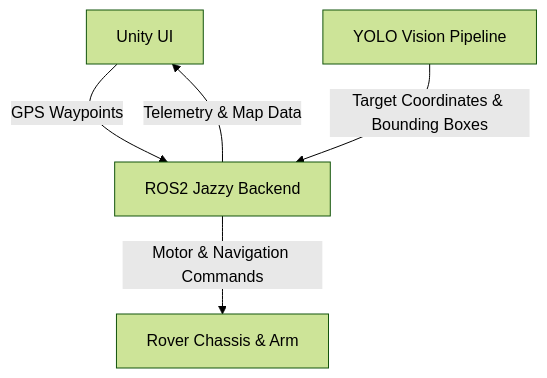
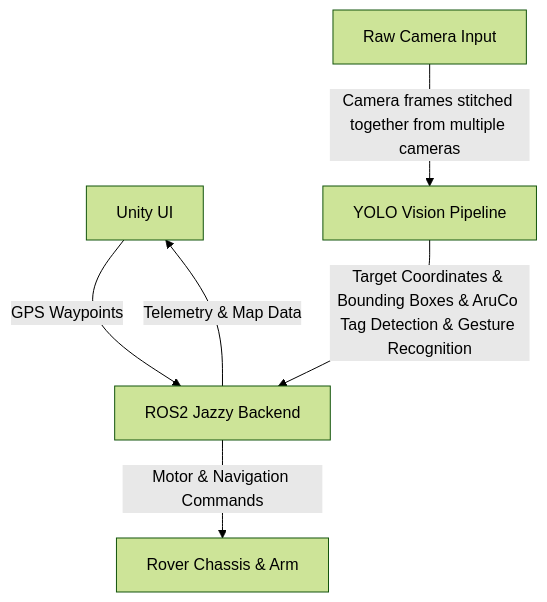
The diagram in docs/design.md (Rthurman45/CS32_Rover_Team), drawn with Mermaid (forest theme) before and after one commit.

Commit message:
Updated Design.md for Workshop 4

````diff
--- a/docs/design.md
+++ b/docs/design.md
@@ -7,9 +7,11 @@
 ```mermaid
 graph TD
     UI[Unity UI] -- GPS Waypoints --> ROS[ROS2 Jazzy Backend]
     ROS -- Telemetry & Map Data --> UI
+
+    Camera[Raw Camera Input] -- Camera frames stitched together from multiple cameras --> YOLO
     
-    YOLO[YOLO Vision Pipeline] -- Target Coordinates & Bounding Boxes --> ROS
+    YOLO[YOLO Vision Pipeline] -- Target Coordinates & Bounding Boxes & AruCo Tag Detection & Gesture Recognition --> ROS
     
     ROS -- Motor & Navigation Commands --> Hardware[Rover Chassis & Arm]
 ```    
````
